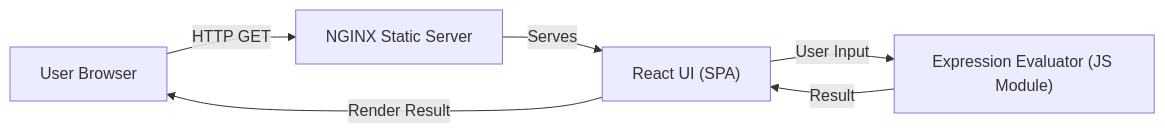
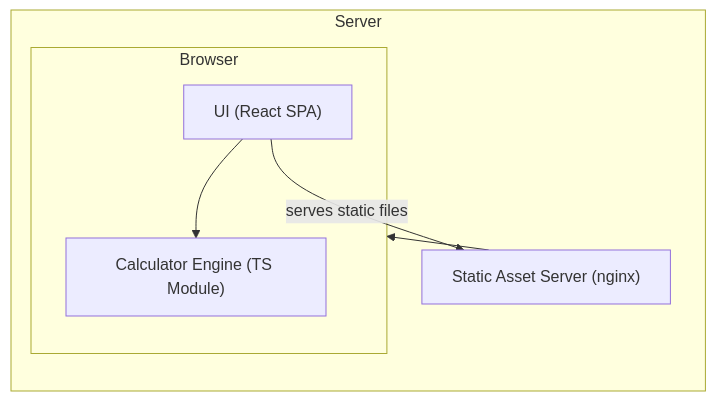
One commit to ErezKon/AgenticDevTeam changed the diagram in generated-projects/simplecalculator/docs/agents/architect-mission.md. Above: the diagram before and after it, drawn with Mermaid. The commit also changed other lines of this file, not shown here.

Commit message:
[simplecalculator]-docs: architect mission report

````diff
--- a/generated-projects/simplecalculator/docs/agents/architect-mission.md
+++ b/generated-projects/simplecalculator/docs/agents/architect-mission.md
@@ -36,8 +37,10 @@
 ```mermaid
-graph LR
-    Browser[User Browser] -->|HTTP GET| Nginx[NGINX Static Server]
-    Nginx -->|Serves| ReactUI["React UI (SPA)"]
-    ReactUI -->|User Input| Evaluator["Expression Evaluator (JS Module)"]
-    Evaluator -->|Result| ReactUI
-    ReactUI -->|Render Result| Browser
+flowchart LR
+    subgraph Browser
+        UI["UI (React SPA)"] --> Engine["Calculator Engine (TS Module)"]
+    end
+    subgraph Server
+        Nginx["Static Asset Server (nginx)"] --> Browser
+    end
+    UI -->|serves static files| Nginx
 ```
````
